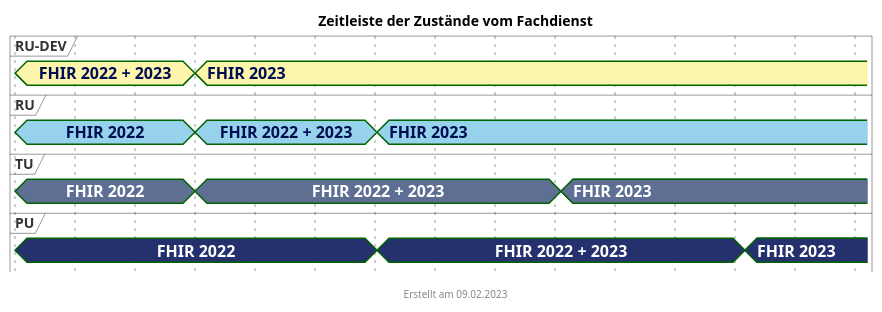
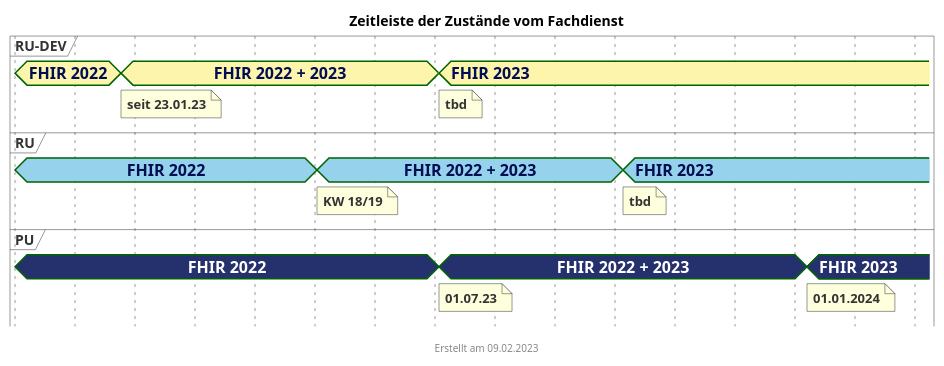
Before and after one commit to gematik/api-erp: the diagram in puml/fd_zustaende_timeline.puml, drawn with PlantUML. The commit also changed 1 other file, not shown here.

```diff
--- a/puml/fd_zustaende_timeline.puml
+++ b/puml/fd_zustaende_timeline.puml
@@ -1,71 +1,71 @@
 @startuml fhir_version_timeline
 <style>
 root {
     Margin 0 0 0 30
 }
 
 timingDiagram {
   .rudevcolor {
     FontColor #000e52
     Fontsize 16
     FontStyle bold
     Backgroundcolor #FEF5AC
   }
   .rucolor {
     FontColor #000e52
     Fontsize 16
     FontStyle bold
     Backgroundcolor #97D2EC
   }
-  .tucolor {
-    FontColor #ffffff
-    Fontsize 16
-    FontStyle bold
-    BackgroundColor #5F6F94
-  }
   .pucolor {
     FontColor #ffffff
     Fontsize 16
     FontStyle bold
     BackgroundColor #25316D
   }
 }
 </style>
 title Zeitleiste der Zustände vom Fachdienst
 footer Erstellt am 09.02.2023
 
 concise "RU-DEV" as RUDEV <<rudevcolor>>
 concise "RU" as RU <<rucolor>>
-concise "TU" as TU <<tucolor>>
 concise "PU" as PU <<pucolor>>
 
 
 '30 days is scaled to 50 pixels
 scale 2592000 as 60 pixels
 hide time-axis
 'manual time-axis
 'use date format "dd.MM.yyyy"
 
-@2023/01/01
-RUDEV is "FHIR 2022 + 2023"
+@2022/12/01
+RUDEV is "FHIR 2022"
 RU is "FHIR 2022"
-TU is "FHIR 2022"
 PU is "FHIR 2022"
 
-@2023/04/01
-RUDEV is "FHIR 2023"
+@2023/01/23
+RUDEV is "FHIR 2022 + 2023"
+note bottom of RUDEV : seit 23.01.23
+
+@2023/05/01
 RU is "FHIR 2022 + 2023"
-TU is "FHIR 2022 + 2023"
+note bottom of RU : KW 18/19
 
 @2023/07/01
-RU is "FHIR 2023"
 PU is "FHIR 2022 + 2023"
+note bottom of PU : 01.07.23
+RUDEV is "FHIR 2023"
+note bottom of RUDEV : tbd
 
 @2023/10/01
-TU is "FHIR 2023"
+RU is "FHIR 2023"
+note bottom of RU : tbd
+
 
 @2024/01/01
 PU is "FHIR 2023"
+note bottom of PU : 01.01.2024
 
 @2024/02/01
 @enduml
```
